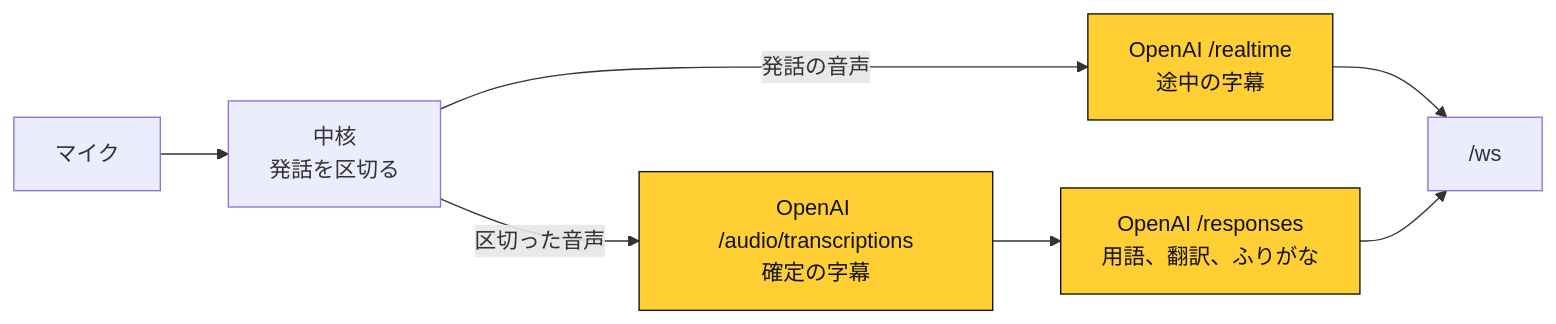
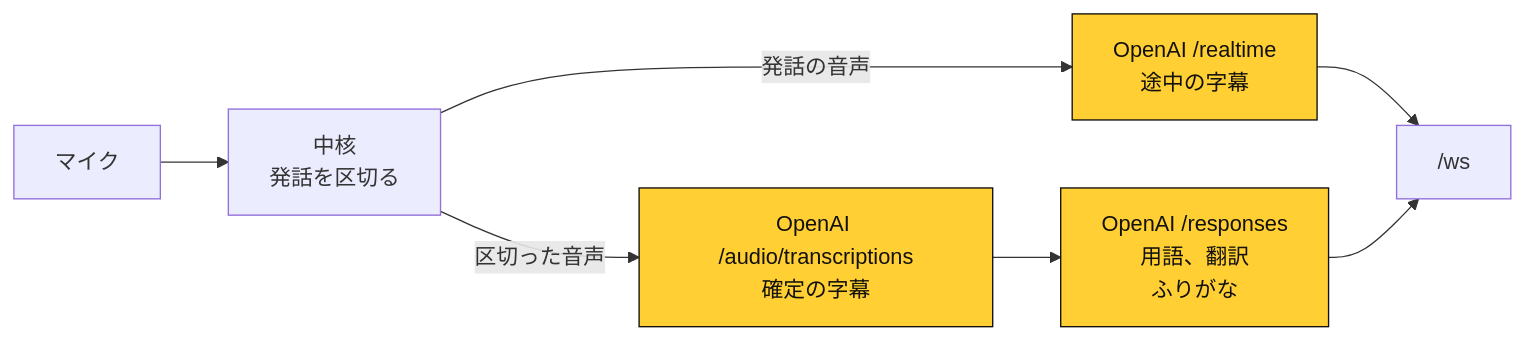
One commit to Chiji1108/deadlock-jimaku changed the third of 4 diagrams in README.md. Above: the diagram before and after it, drawn with Mermaid. The commit also changed other lines of this file, not shown here.

Commit message:
README の図の文字が途中で折れないようにする

````diff
--- a/README.md
+++ b/README.md
@@ -86,11 +86,11 @@
 ```mermaid
 flowchart LR
   mic["マイク"] --> core["中核<br/>発話を区切る"]
   core -- "発話の音声" --> realtime["OpenAI /realtime<br/>途中の字幕"]
   core -- "区切った音声" --> batch["OpenAI /audio/transcriptions<br/>確定の字幕"]
-  batch --> llm["OpenAI /responses<br/>用語、翻訳、ふりがな"]
+  batch --> llm["OpenAI /responses<br/>用語、翻訳<br/>ふりがな"]
   realtime --> ws["/ws"]
   llm --> ws
   classDef cloud fill:#ffcf33,stroke:#12110e,color:#12110e
   class realtime,batch,llm cloud
 ```
````
